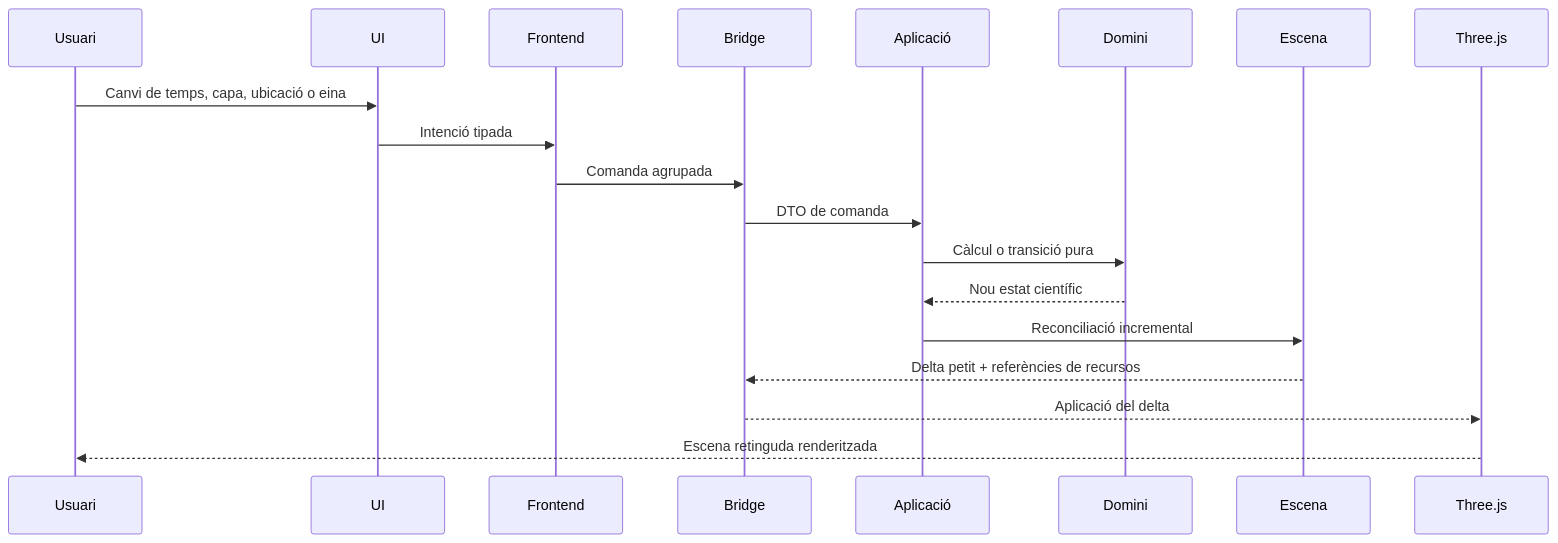
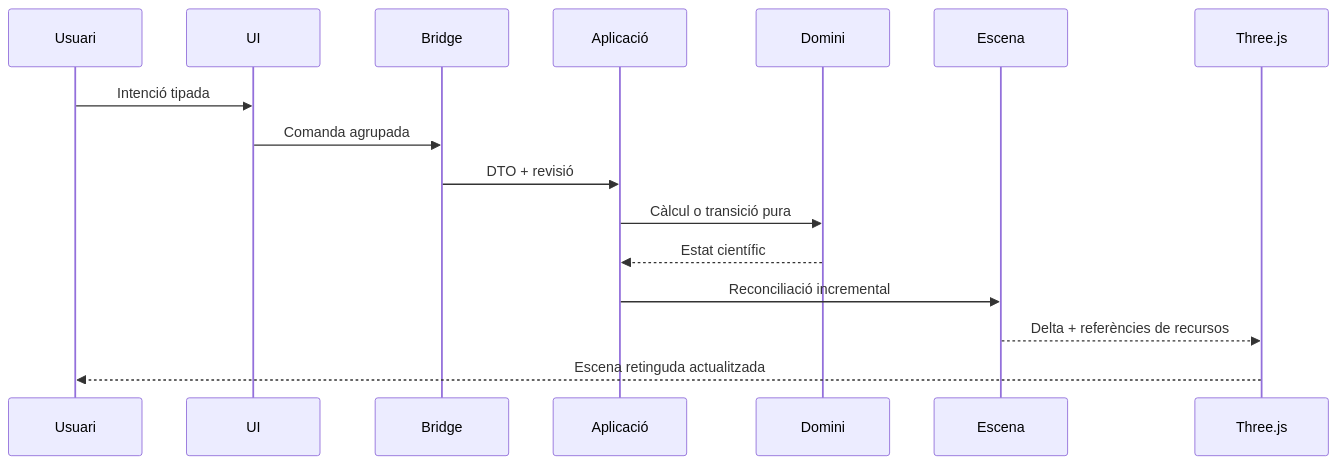
One commit to ArcadiaLliure/TerraLab3D changed the second of 5 diagrams in docs/normes_arquitectura.md. Above: the diagram before and after it, drawn with Mermaid. The commit also changed other lines of this file and 84 other files, not shown here.

````diff
--- a/docs/normes_arquitectura.md
+++ b/docs/normes_arquitectura.md
@@ -199,22 +162,19 @@
 ```mermaid
 sequenceDiagram
     participant U as Usuari
     participant UI
-    participant F as Frontend
     participant B as Bridge
     participant A as Aplicació
     participant D as Domini
     participant S as Escena
     participant T as Three.js
 
-    U->>UI: Canvi de temps, capa, ubicació o eina
-    UI->>F: Intenció tipada
-    F->>B: Comanda agrupada
-    B->>A: DTO de comanda
+    U->>UI: Intenció tipada
+    UI->>B: Comanda agrupada
+    B->>A: DTO + revisió
     A->>D: Càlcul o transició pura
-    D-->>A: Nou estat científic
+    D-->>A: Estat científic
     A->>S: Reconciliació incremental
-    S-->>B: Delta petit + referències de recursos
-    B-->>T: Aplicació del delta
-    T-->>U: Escena retinguda renderitzada
+    S-->>T: Delta + referències de recursos
+    T-->>U: Escena retinguda actualitzada
 ```
````
